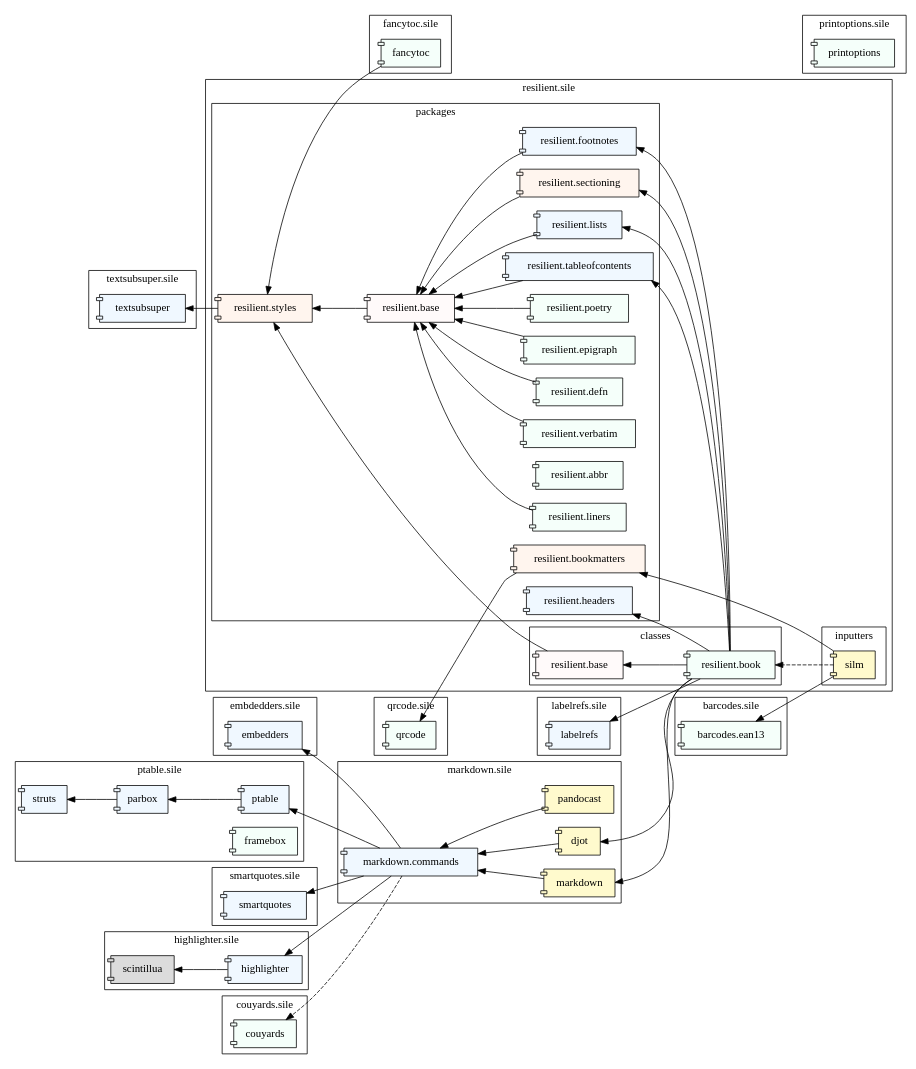
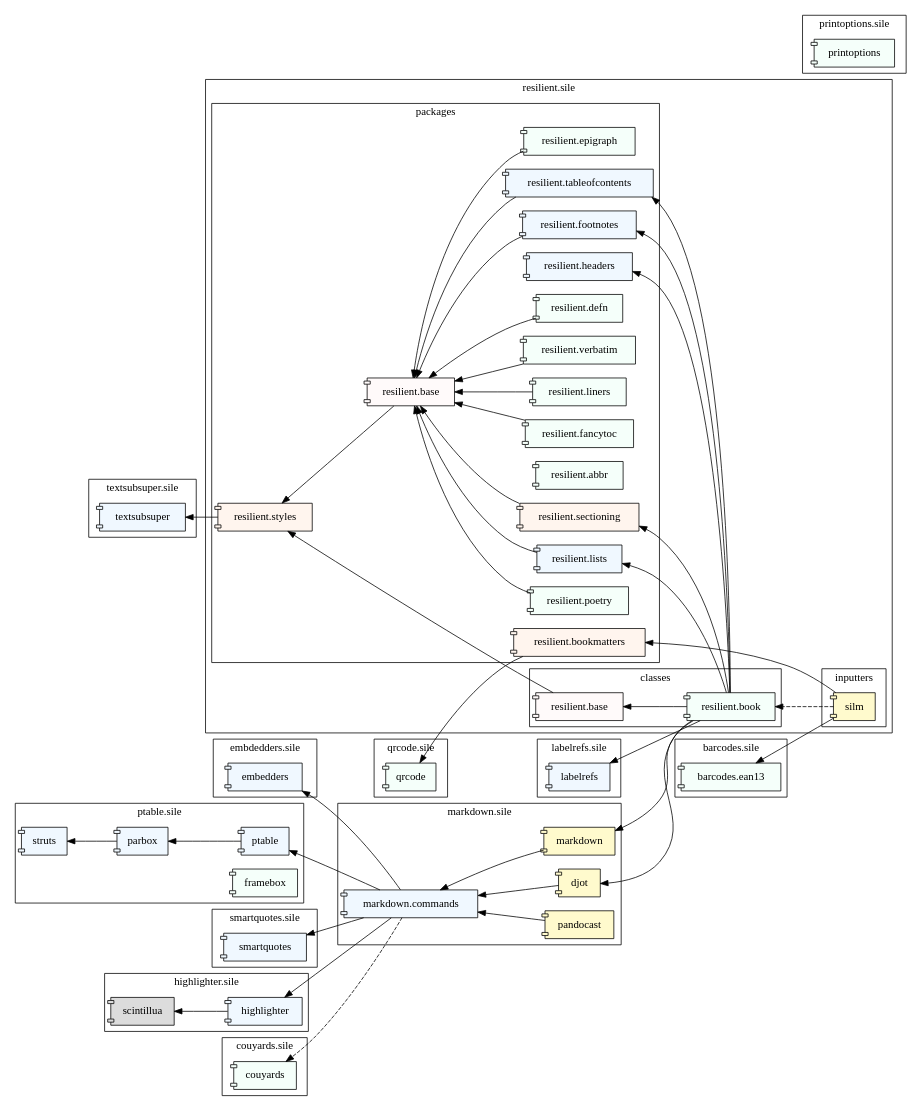
Before and after one commit to Omikhleia/resilient.sile: the diagram in examples/resilient-ecosystem.dot, drawn with Graphviz. The commit also changed 7 other files, not shown here.

Commit message:
refactor: Move the fancytoc module into resilient

```diff
--- a/examples/resilient-ecosystem.dot
+++ b/examples/resilient-ecosystem.dot
@@ -1,166 +1,161 @@
 digraph omikhleia {
   rankdir=RL;
 
   subgraph cluster_embedders {
     label = "embdedders.sile";
 
     embedders [shape=component,style=filled,fillcolor=aliceblue]
   }
 
   subgraph cluster_ptable {
     label = "ptable.sile";
 
     ptable [shape=component,style=filled,fillcolor=aliceblue]
     parbox [shape=component,style=filled,fillcolor=aliceblue]
     struts [shape=component,style=filled,fillcolor=aliceblue]
 
     framebox [shape=component,style=filled,fillcolor=mintcream]
 
     ptable -> parbox
     parbox -> struts
   }
 
   subgraph cluster_textsubsuper {
     label = "textsubsuper.sile";
 
     textsubsuper [shape=component,style=filled,fillcolor=aliceblue]
   }
   subgraph cluster_qrcode {
     label = "qrcode.sile";
 
     qrcode [shape=component,style=filled,fillcolor=mintcream]
   }
 
   subgraph cluster_labelrefs {
     label = "labelrefs.sile";
 
     labelrefs [shape=component,style=filled,fillcolor=aliceblue]
   }
 
   subgraph cluster_resilient {
     label = "resilient.sile";
 
     subgraph cluster_resilient_cls {
       label = "classes";
 
       cbase [shape=component,style=filled,fillcolor=snow,label="resilient.base"]
       book [shape=component,style=filled,fillcolor=mintcream,label="resilient.book"]
 
       book -> cbase
     }
     subgraph cluster_resilient_pkg {
       label = "packages";
 
       pbase [shape=component,style=filled,fillcolor=snow,label="resilient.base"]
 
       tableofcontents [shape=component,style=filled,fillcolor=aliceblue,label="resilient.tableofcontents"]
       footnotes [shape=component,style=filled,fillcolor=aliceblue,label="resilient.footnotes"]
       headers [shape=component,style=filled,fillcolor=aliceblue,label="resilient.headers"]
 
       sectioning [shape=component,style=filled,fillcolor=seashell,label="resilient.sectioning"]
       styles [shape=component,style=filled,fillcolor=seashell,label="resilient.styles"]
       bookmatters [shape=component,style=filled,fillcolor=seashell,label="resilient.bookmatters"]
 
       lists [shape=component,style=filled,fillcolor=aliceblue,label="resilient.lists"]
 
       poetry [shape=component,style=filled,fillcolor=mintcream,label="resilient.poetry"]
       epigraph [shape=component,style=filled,fillcolor=mintcream,label="resilient.epigraph"]
       abbr [shape=component,style=filled,fillcolor=mintcream,label="resilient.abbr"]
       defn [shape=component,style=filled,fillcolor=mintcream,label="resilient.defn"]
       verbatim [shape=component,style=filled,fillcolor=mintcream,label="resilient.verbatim"]
       liners [shape=component,style=filled,fillcolor=mintcream,label="resilient.liners"]
+      fancytoc [shape=component,style=filled,fillcolor=mintcream, label="resilient.fancytoc"]
 
       cbase -> styles
       pbase -> styles
       styles -> textsubsuper
       bookmatters -> qrcode
 
       book -> tableofcontents
       book -> footnotes
       book -> headers
       book -> sectioning
       book -> labelrefs
       book -> lists
 
       epigraph -> pbase
       footnotes -> pbase
       lists -> pbase
       poetry -> pbase
       sectioning -> pbase
       tableofcontents -> pbase
       defn -> pbase
       verbatim -> pbase
       liners -> pbase
+      fancytoc -> pbase
     }
     subgraph cluster_resilient_ins {
       label = "inputters";
 
       silm [shape=component,style=filled,fillcolor=lemonchiffon,label="silm"]
       silm -> book [style=dashed]
       silm -> bookmatters
     }
 
   }
 
   subgraph cluster_smartquotes {
     label = "smartquotes.sile";
 
     smartquotes [shape=component,style=filled,fillcolor=aliceblue]
   }
 
   subgraph cluster_highlighter {
     label = "highlighter.sile";
 
     highlighter [shape=component,style=filled,fillcolor=aliceblue]
     scintillua [shape=component,style=filled,fillcolor=gainsboro,label="scintillua"]
 
     highlighter -> scintillua
   }
 
   subgraph cluster_markdown {
     label = "markdown.sile";
 
     markdown [shape=component,style=filled,fillcolor=lemonchiffon]
     djot [shape=component,style=filled,fillcolor=lemonchiffon]
     pandocast [shape=component,style=filled,fillcolor=lemonchiffon]
     markcmd [shape=component,style=filled,fillcolor=aliceblue,label="markdown.commands"]
 
     markdown -> markcmd
     djot -> markcmd
     pandocast -> markcmd
 
     book -> markdown
     book -> djot
     markcmd -> ptable
     markcmd -> embedders
     markcmd -> smartquotes
     markcmd -> highlighter
   }
 
-  subgraph cluster_fancytoc {
-    label = "fancytoc.sile";
-
-    fancytoc [shape=component,style=filled,fillcolor=mintcream]
-    fancytoc -> styles
-  }
-
   subgraph cluster_couyards {
     label = "couyards.sile";
 
     couyards [shape=component,style=filled,fillcolor=mintcream]
     markcmd -> couyards [style=dashed]
   }
 
   subgraph cluster_barcodes {
     label = "barcodes.sile";
 
     barcodes [shape=component,style=filled,fillcolor=mintcream,label="barcodes.ean13"]
   }
 
 subgraph cluster_printoptions {
     label = "printoptions.sile";
 
     printoptions [shape=component,style=filled,fillcolor=mintcream]
     silm -> barcodes
   }
 }
```
